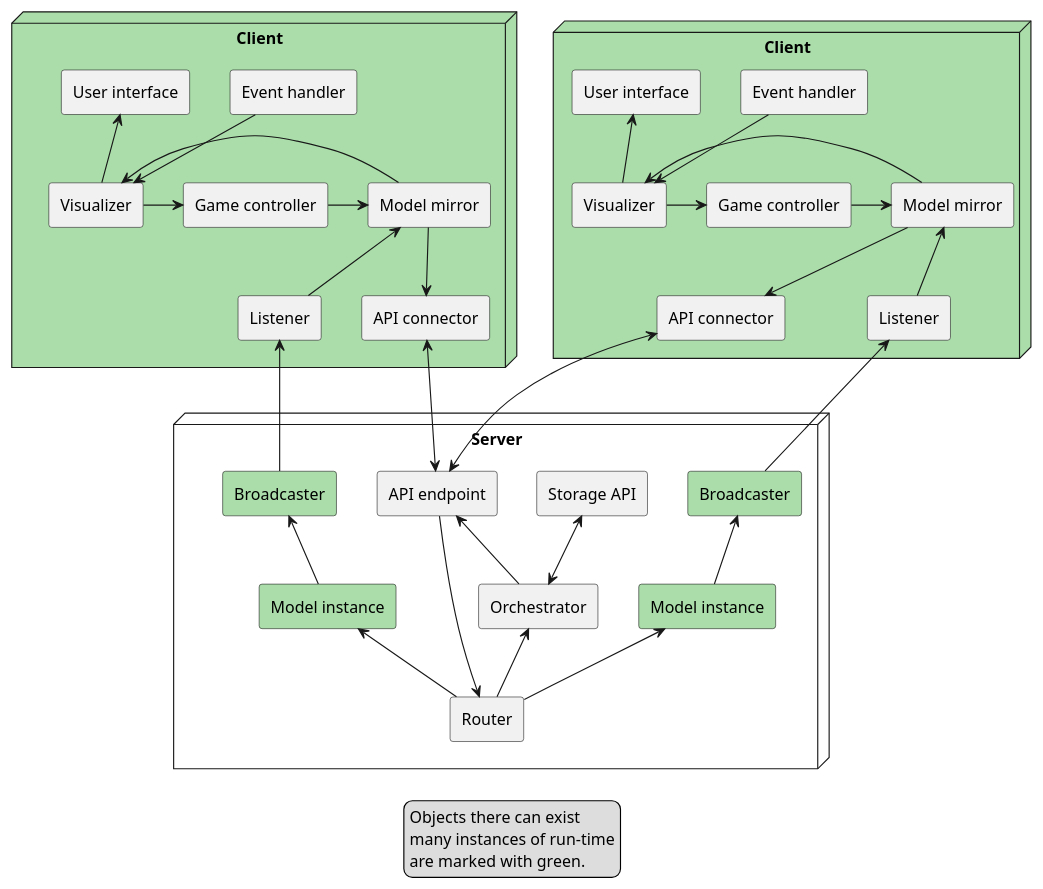
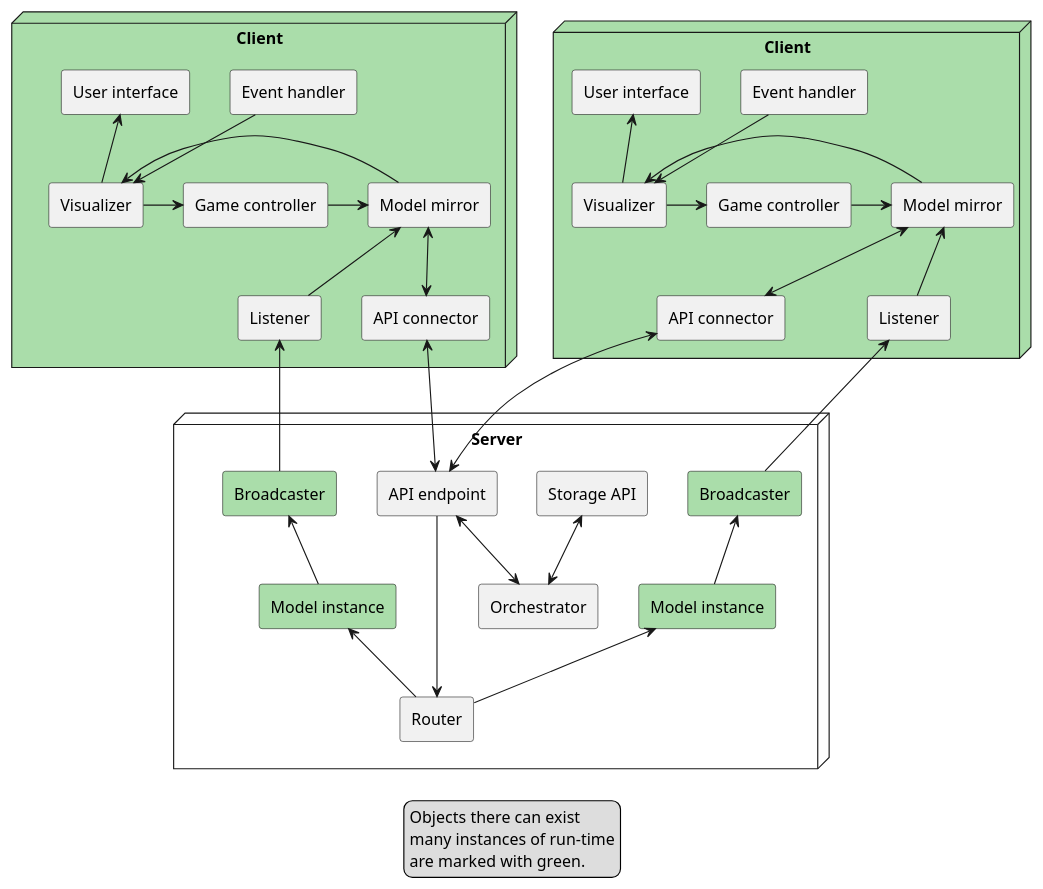
The diagram in Process/Deployment/ConcurrencyAndInformation.puml (SWA-group-1/PlantUML), drawn with PlantUML before and after one commit. The commit also changed 5 other files, not shown here.

```diff
--- a/Process/Deployment/ConcurrencyAndInformation.puml
+++ b/Process/Deployment/ConcurrencyAndInformation.puml
@@ -1,80 +1,79 @@
 @startuml
 'https://plantuml.com/deployment-diagram
 
 legend
     Objects there can exist
     many instances of run-time
     are marked with green.
 end legend
 
 node "Client" as client_0 #ADA {
     agent "Game controller" as controller_0
     agent "Visualizer" as visualizer_0
     agent "Event handler" as event_0
     agent "User interface" as ui_0
     agent "Model mirror" as mirror_0
     agent "API connector" as connector_0
     agent "Listener" as listener_0
 
     event_0 -down-> visualizer_0
     visualizer_0 -up-> ui_0
     visualizer_0 -right-> controller_0
     controller_0 -right-> mirror_0
     mirror_0 -> visualizer_0
-    mirror_0 -down-> connector_0
+    mirror_0 <-down-> connector_0
     listener_0 -up-> mirror_0
 }
 
 node "Client" as client_1 #ADA {
     agent "Game controller" as controller_1
     agent "Visualizer" as visualizer_1
     agent "Event handler" as event_1
     agent "User interface" as ui_1
     agent "Model mirror" as mirror_1
     agent "API connector" as connector_1
     agent "Listener" as listener_1
 
     event_1 -down-> visualizer_1
     visualizer_1 -up-> ui_1
     visualizer_1 -right-> controller_1
     controller_1 -right-> mirror_1
     mirror_1 -> visualizer_1
-    mirror_1 -down-> connector_1
+    mirror_1 <-down-> connector_1
     listener_1 -up-> mirror_1
 }
 
 node "Server" as server {
     agent "API endpoint" as endpoint
     agent "Broadcaster" as broadcaster_0 #ADA
     agent "Broadcaster" as broadcaster_1 #ADA
     agent "Storage API" as storage
     agent "Model instance" as model_0 #ADA
     agent "Model instance" as model_1 #ADA
     agent "Orchestrator" as orchestrator
     agent "Router" as router
 
     endpoint -[hidden]right- broadcaster_0
     broadcaster_0 -[hidden]right- broadcaster_1
     broadcaster_1 -[hidden]right- storage
     model_0 -up-> broadcaster_0
     model_0 -[hidden]right- model_1
     model_1 -up-> broadcaster_1
-    orchestrator --> endpoint
+    orchestrator <--> endpoint
     orchestrator <-up-> storage
     router <-up- endpoint
     router -up-> model_0
     router -up-> model_1
-    router -up-> orchestrator
 }
 
 ui_0 -[hidden]right- mirror_1
 
 client_1 -[hidden]down- server
 
 endpoint <-up-> connector_0
 endpoint <-up-> connector_1
 
 broadcaster_0 -up-> listener_0
 broadcaster_1 -up-> listener_1
 
 @enduml
```
